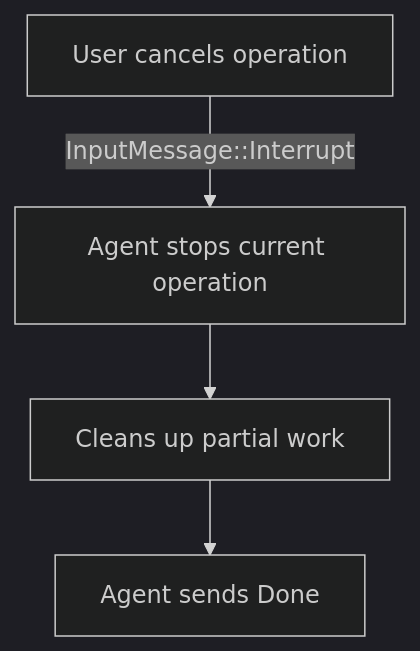
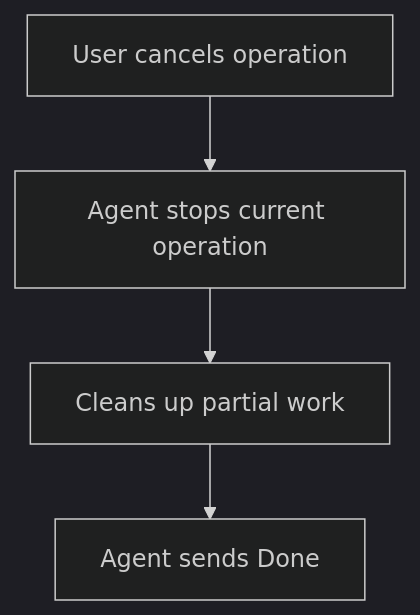
Before and after one commit to HourSense/picrust: the sixth of 6 diagrams in docs/concepts/message-flow.mdx, drawn with Mermaid (dark theme). The commit also changed 9 other files, not shown here.

Commit message:
Add custom CSS for Mermaid diagrams and update documentation for improved clarity with HTML line breaks.

````diff
--- a/docs/concepts/message-flow.mdx
+++ b/docs/concepts/message-flow.mdx
@@ -592,10 +592,10 @@
 ```mermaid
 flowchart TB
     A["User cancels operation"]
     B["Agent stops current operation"]
     C["Cleans up partial work"]
     D["Agent sends Done"]
 
-    A -- "InputMessage::Interrupt" --> B
+    A --> B
     B --> C --> D
 ```
````
